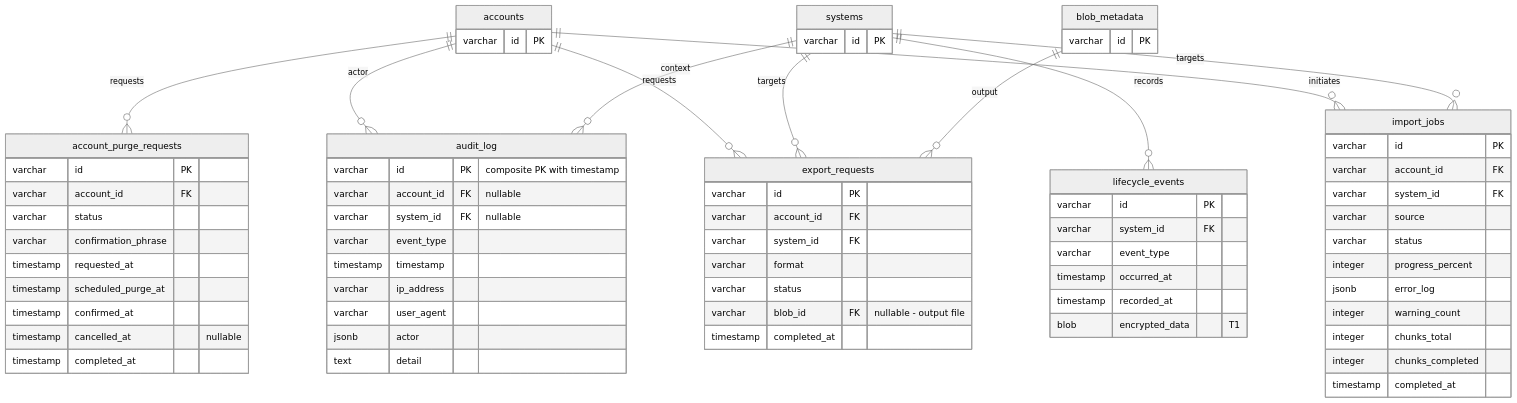
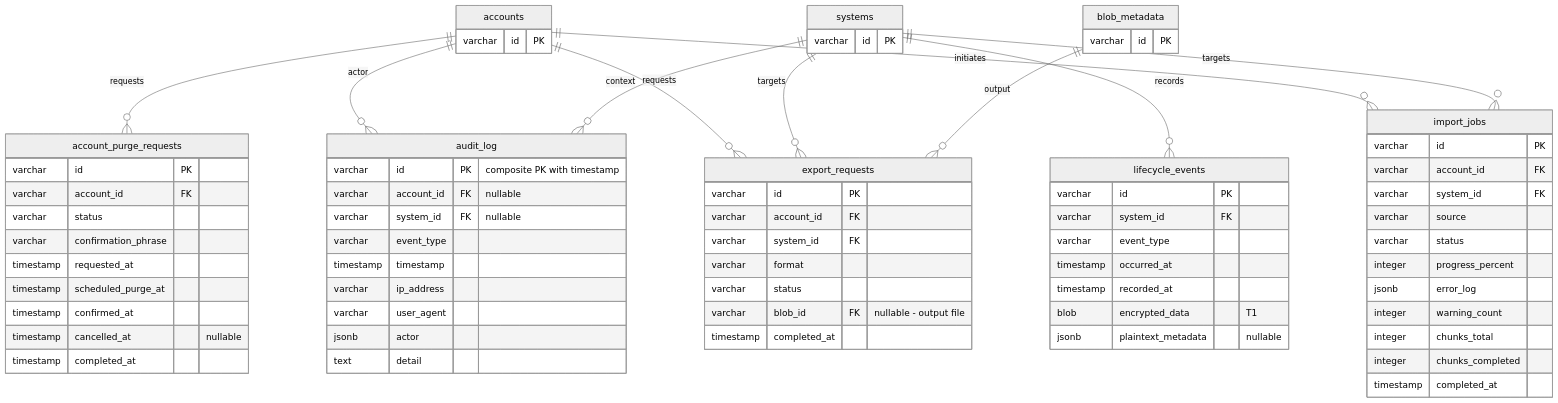
One commit to ThePrismSystem/pluralscape-mono changed diagram 16 of 22 in docs/database-schema.md. Above: the diagram before and after it, drawn with Mermaid (neutral theme). The commit also changed other lines of this file and 25 other files, not shown here.

````diff
--- a/docs/database-schema.md
+++ b/docs/database-schema.md
@@ -857,81 +887,82 @@
 ```mermaid
 erDiagram
     accounts {
         varchar id PK
     }
 
     systems {
         varchar id PK
     }
 
     blob_metadata {
         varchar id PK
     }
 
     import_jobs {
         varchar id PK
         varchar account_id FK
         varchar system_id FK
         varchar source
         varchar status
         integer progress_percent
         jsonb error_log
         integer warning_count
         integer chunks_total
         integer chunks_completed
         timestamp completed_at
     }
 
     export_requests {
         varchar id PK
         varchar account_id FK
         varchar system_id FK
         varchar format
         varchar status
         varchar blob_id FK "nullable - output file"
         timestamp completed_at
     }
 
     account_purge_requests {
         varchar id PK
         varchar account_id FK
         varchar status
         varchar confirmation_phrase
         timestamp requested_at
         timestamp scheduled_purge_at
         timestamp confirmed_at
         timestamp cancelled_at "nullable"
         timestamp completed_at
     }
 
     lifecycle_events {
         varchar id PK
         varchar system_id FK
         varchar event_type
         timestamp occurred_at
         timestamp recorded_at
         blob encrypted_data "T1"
+        jsonb plaintext_metadata "nullable"
     }
 
     audit_log {
         varchar id PK "composite PK with timestamp"
         varchar account_id FK "nullable"
         varchar system_id FK "nullable"
         varchar event_type
         timestamp timestamp
         varchar ip_address
         varchar user_agent
         jsonb actor
         text detail
     }
 
     accounts ||--o{ import_jobs : "initiates"
     systems ||--o{ import_jobs : "targets"
     accounts ||--o{ export_requests : "requests"
     systems ||--o{ export_requests : "targets"
     blob_metadata ||--o{ export_requests : "output"
     accounts ||--o{ account_purge_requests : "requests"
     systems ||--o{ lifecycle_events : "records"
     accounts ||--o{ audit_log : "actor"
     systems ||--o{ audit_log : "context"
 ```
````
